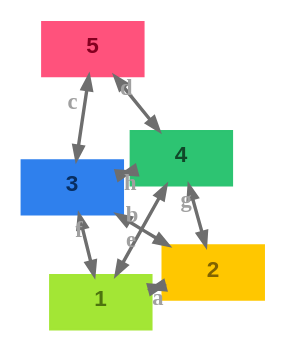
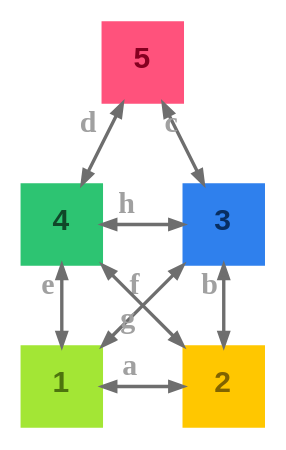
One commit to m-bock/purescript-transit changed the diagram in renders/house-santa-claus_graph-dark.dot. Above: the diagram before and after it, drawn with Graphviz. The commit also changed 12 other files, not shown here.

```diff
--- a/renders/house-santa-claus_graph-dark.dot
+++ b/renders/house-santa-claus_graph-dark.dot
@@ -1,18 +1,17 @@
 digraph 
 {
-rankdir = "TD";fontname = "Arial";labelloc = "t";fontsize = 12.0;bgcolor = "#00000000";color = "#c8c8c8";fontcolor = "#c8c8c8";layout = "dot";rankdir = "TD"
-layout=neato
-1 [shape = "box", label = <<b>1</b>>, fontsize = 12.0, style = "filled", fillcolor = "#a3e635", fontcolor = "#4d740e", color = "#a3e635", fontname = "Arial", labelloc = "c", penwidth = 1.0, height = 0.4]
-2 [shape = "box", label = <<b>2</b>>, fontsize = 12.0, style = "filled", fillcolor = "#ffc700", fontcolor = "#806300", color = "#ffc700", fontname = "Arial", labelloc = "c", penwidth = 1.0, height = 0.4]
-2 -> 1 [color = "#6e6e6e", fontcolor = "#a0a0a0", fontsize = 12.0, label = <<b>a</b>>, arrowsize = "0.7", penwidth = 1.8, dir = "both"]
-3 [shape = "box", label = <<b>3</b>>, fontsize = 12.0, style = "filled", fillcolor = "#2f80ed", fontcolor = "#082e61", color = "#2f80ed", fontname = "Arial", labelloc = "c", penwidth = 1.0, height = 0.4]
-3 -> 2 [color = "#6e6e6e", fontcolor = "#a0a0a0", fontsize = 12.0, label = <<b>b</b>>, arrowsize = "0.7", penwidth = 1.8, dir = "both"]
-3 -> 1 [color = "#6e6e6e", fontcolor = "#a0a0a0", fontsize = 12.0, label = <<b>f</b>>, arrowsize = "0.7", penwidth = 1.8, dir = "both"]
-5 [shape = "box", label = <<b>5</b>>, fontsize = 12.0, style = "filled", fillcolor = "#ff527c", fontcolor = "#850020", color = "#ff527c", fontname = "Arial", labelloc = "c", penwidth = 1.0, height = 0.4]
-5 -> 3 [color = "#6e6e6e", fontcolor = "#a0a0a0", fontsize = 12.0, label = <<b>c</b>>, arrowsize = "0.7", penwidth = 1.8, dir = "both"]
-5 -> 4 [color = "#6e6e6e", fontcolor = "#a0a0a0", fontsize = 12.0, label = <<b>d</b>>, arrowsize = "0.7", penwidth = 1.8, dir = "both"]
-4 [shape = "box", label = <<b>4</b>>, fontsize = 12.0, style = "filled", fillcolor = "#2dc472", fontcolor = "#104729", color = "#2dc472", fontname = "Arial", labelloc = "c", penwidth = 1.0, height = 0.4]
-4 -> 1 [color = "#6e6e6e", fontcolor = "#a0a0a0", fontsize = 12.0, label = <<b>e</b>>, arrowsize = "0.7", penwidth = 1.8, dir = "both"]
-4 -> 2 [color = "#6e6e6e", fontcolor = "#a0a0a0", fontsize = 12.0, label = <<b>g</b>>, arrowsize = "0.7", penwidth = 1.8, dir = "both"]
-4 -> 3 [color = "#6e6e6e", fontcolor = "#a0a0a0", fontsize = 12.0, label = <<b>h</b>>, arrowsize = "0.7", penwidth = 1.8, dir = "both"]
+rankdir = "TD";fontname = "Arial";labelloc = "t";fontsize = 16.0;bgcolor = "#00000000";color = "#c8c8c8";fontcolor = "#c8c8c8";layout = "neato"
+1 [shape = "box", label = <<b>1</b>>, fontsize = 16.0, style = "filled", fillcolor = "#a3e635", fontcolor = "#4d740e", color = "#a3e635", fontname = "Arial", labelloc = "c", penwidth = 1.0, height = 0.4, pos = "0.0,0.0!", width = 0.6, height = 0.6, fixedsize = true]
+2 [shape = "box", label = <<b>2</b>>, fontsize = 16.0, style = "filled", fillcolor = "#ffc700", fontcolor = "#806300", color = "#ffc700", fontname = "Arial", labelloc = "c", penwidth = 1.0, height = 0.4, pos = "1.2,0.0!", width = 0.6, height = 0.6, fixedsize = true]
+2 -> 1 [color = "#6e6e6e", fontcolor = "#a0a0a0", fontsize = 16.0, label = <<b>a</b>>, arrowsize = "0.7", penwidth = 1.8, dir = "both"]
+3 [shape = "box", label = <<b>3</b>>, fontsize = 16.0, style = "filled", fillcolor = "#2f80ed", fontcolor = "#082e61", color = "#2f80ed", fontname = "Arial", labelloc = "c", penwidth = 1.0, height = 0.4, pos = "1.2,1.2!", width = 0.6, height = 0.6, fixedsize = true]
+3 -> 2 [color = "#6e6e6e", fontcolor = "#a0a0a0", fontsize = 16.0, label = <<b>b</b>>, arrowsize = "0.7", penwidth = 1.8, dir = "both"]
+3 -> 1 [color = "#6e6e6e", fontcolor = "#a0a0a0", fontsize = 16.0, label = <<b>f</b>>, arrowsize = "0.7", penwidth = 1.8, dir = "both"]
+5 [shape = "box", label = <<b>5</b>>, fontsize = 16.0, style = "filled", fillcolor = "#ff527c", fontcolor = "#850020", color = "#ff527c", fontname = "Arial", labelloc = "c", penwidth = 1.0, height = 0.4, pos = "0.6,2.4!", width = 0.6, height = 0.6, fixedsize = true]
+5 -> 3 [color = "#6e6e6e", fontcolor = "#a0a0a0", fontsize = 16.0, label = <<b>c</b>>, arrowsize = "0.7", penwidth = 1.8, dir = "both"]
+5 -> 4 [color = "#6e6e6e", fontcolor = "#a0a0a0", fontsize = 16.0, label = <<b>d</b>>, arrowsize = "0.7", penwidth = 1.8, dir = "both"]
+4 [shape = "box", label = <<b>4</b>>, fontsize = 16.0, style = "filled", fillcolor = "#2dc472", fontcolor = "#104729", color = "#2dc472", fontname = "Arial", labelloc = "c", penwidth = 1.0, height = 0.4, pos = "0.0,1.2!", width = 0.6, height = 0.6, fixedsize = true]
+4 -> 1 [color = "#6e6e6e", fontcolor = "#a0a0a0", fontsize = 16.0, label = <<b>e</b>>, arrowsize = "0.7", penwidth = 1.8, dir = "both"]
+4 -> 2 [color = "#6e6e6e", fontcolor = "#a0a0a0", fontsize = 16.0, label = <<b>g</b>>, arrowsize = "0.7", penwidth = 1.8, dir = "both"]
+4 -> 3 [color = "#6e6e6e", fontcolor = "#a0a0a0", fontsize = 16.0, label = <<b>h</b>>, arrowsize = "0.7", penwidth = 1.8, dir = "both"]
 }
```
